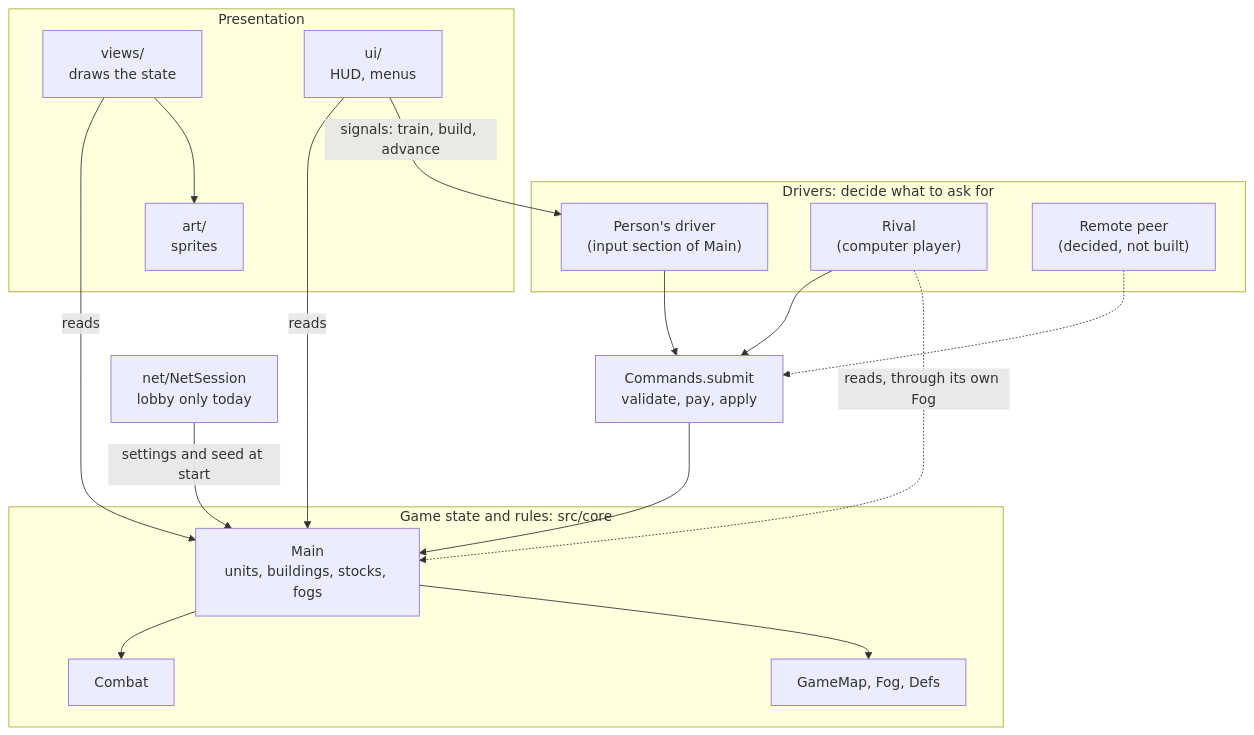
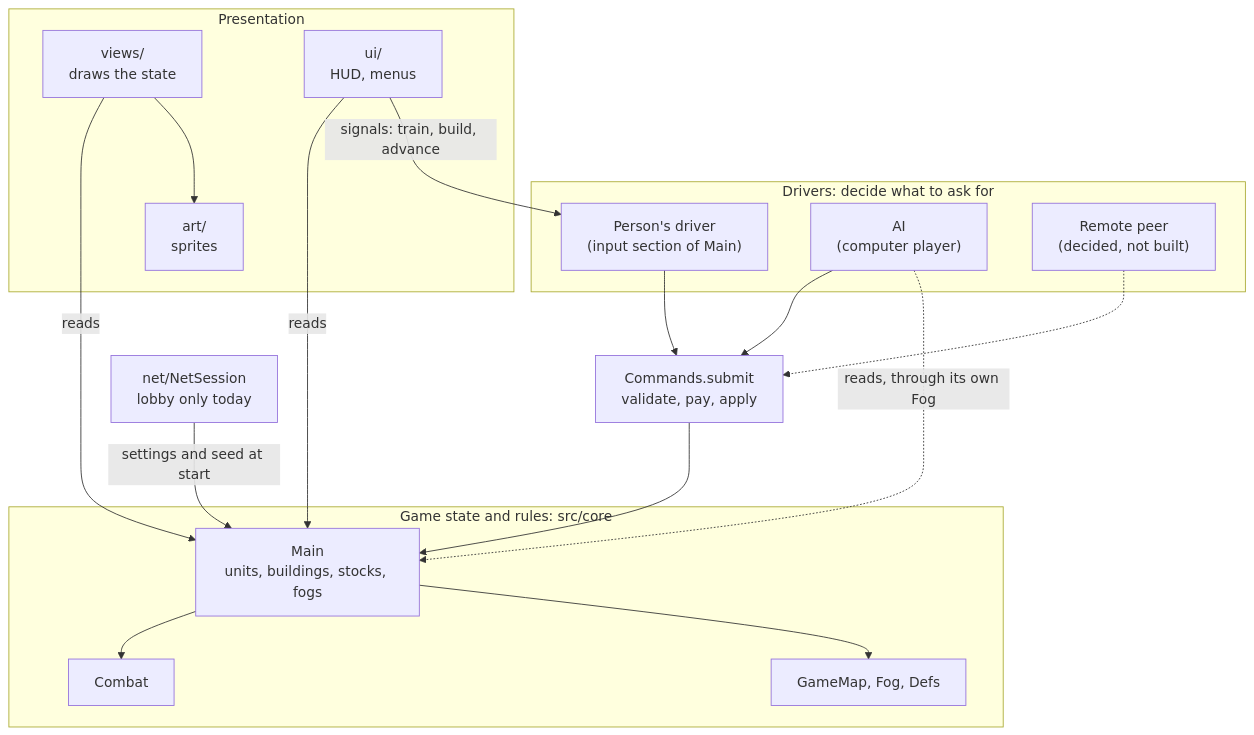
Before and after one commit to williewheeler/imperium: the diagram in docs/ARCHITECTURE.md, drawn with Mermaid. The commit also changed other lines of this file and 15 other files, not shown here.

````diff
--- a/docs/ARCHITECTURE.md
+++ b/docs/ARCHITECTURE.md
@@ -28,37 +28,37 @@
 ```mermaid
 flowchart TD
     subgraph drivers [Drivers: decide what to ask for]
         person["Person's driver<br/>(input section of Main)"]
-        rival["Rival<br/>(computer player)"]
+        AI["AI<br/>(computer player)"]
         remote["Remote peer<br/>(decided, not built)"]
     end
 
     commands["Commands.submit<br/>validate, pay, apply"]
 
     subgraph sim [Game state and rules: src/core]
         main["Main<br/>units, buildings, stocks, fogs"]
         combat["Combat"]
         map["GameMap, Fog, Defs"]
     end
 
     subgraph present [Presentation]
         views["views/<br/>draws the state"]
         ui["ui/<br/>HUD, menus"]
         art["art/<br/>sprites"]
     end
 
     net["net/NetSession<br/>lobby only today"]
 
     person --> commands
-    rival --> commands
+    AI --> commands
     remote -.-> commands
     commands --> main
     main --> combat
     main --> map
-    rival -. "reads, through its own Fog" .-> main
+    AI -. "reads, through its own Fog" .-> main
     views -- "reads" --> main
     ui -- "reads" --> main
     ui -- "signals: train, build, advance" --> person
     views --> art
     net -- "settings and seed at start" --> main
 ```
````
